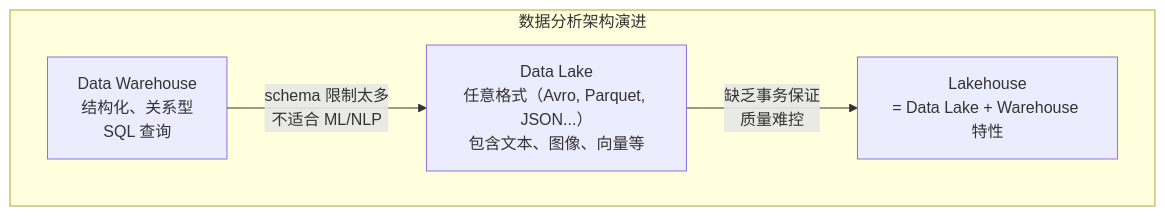
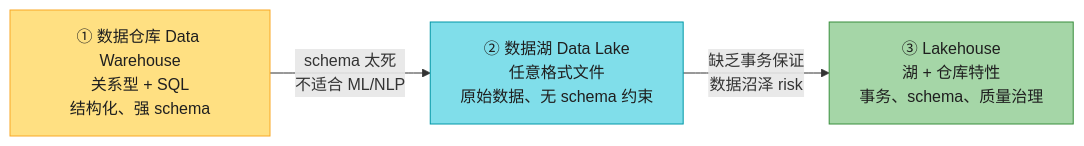
The fourth of 14 diagrams in ch01-数据系统架构的权衡取舍.md (socoo123/ddia_2nd), drawn with Mermaid before and after one commit. The commit also changed other lines of this file and 8 other files, not shown here.

First line of the commit message:
重写 ch01-ch09 读书笔记：风格统一 + 内容扩充 + 大量图表

````diff
--- a/ch01-数据系统架构的权衡取舍.md
+++ b/ch01-数据系统架构的权衡取舍.md
@@ -163,11 +146,13 @@
 ```mermaid
-graph TB
-    subgraph Evolution["数据分析架构演进"]
-        DW["Data Warehouse<br/>结构化、关系型<br/>SQL 查询"]
-        DL["Data Lake<br/>任意格式（Avro, Parquet, JSON...）<br/>包含文本、图像、向量等"]
-        LP["Lakehouse<br/>= Data Lake + Warehouse 特性"]
-    end
+flowchart LR
+    DW["① 数据仓库 Data Warehouse<br/>关系型 + SQL<br/>结构化、强 schema"]
+    DL["② 数据湖 Data Lake<br/>任意格式文件<br/>原始数据、无 schema 约束"]
+    LH["③ Lakehouse<br/>湖 + 仓库特性<br/>事务、schema、质量治理"]
 
-    DW -->|"schema 限制太多<br/>不适合 ML/NLP"| DL
-    DL -->|"缺乏事务保证<br/>质量难控"| LP
+    DW -->|"schema 太死<br/>不适合 ML/NLP"| DL
+    DL -->|"缺乏事务保证<br/>数据沼泽 risk"| LH
+
+    style DW fill:#FFE082,stroke:#F9A825,color:#1f1f1f
+    style DL fill:#80DEEA,stroke:#0097A7,color:#1f1f1f
+    style LH fill:#A5D6A7,stroke:#388E3C,color:#1f1f1f
 ```
````
